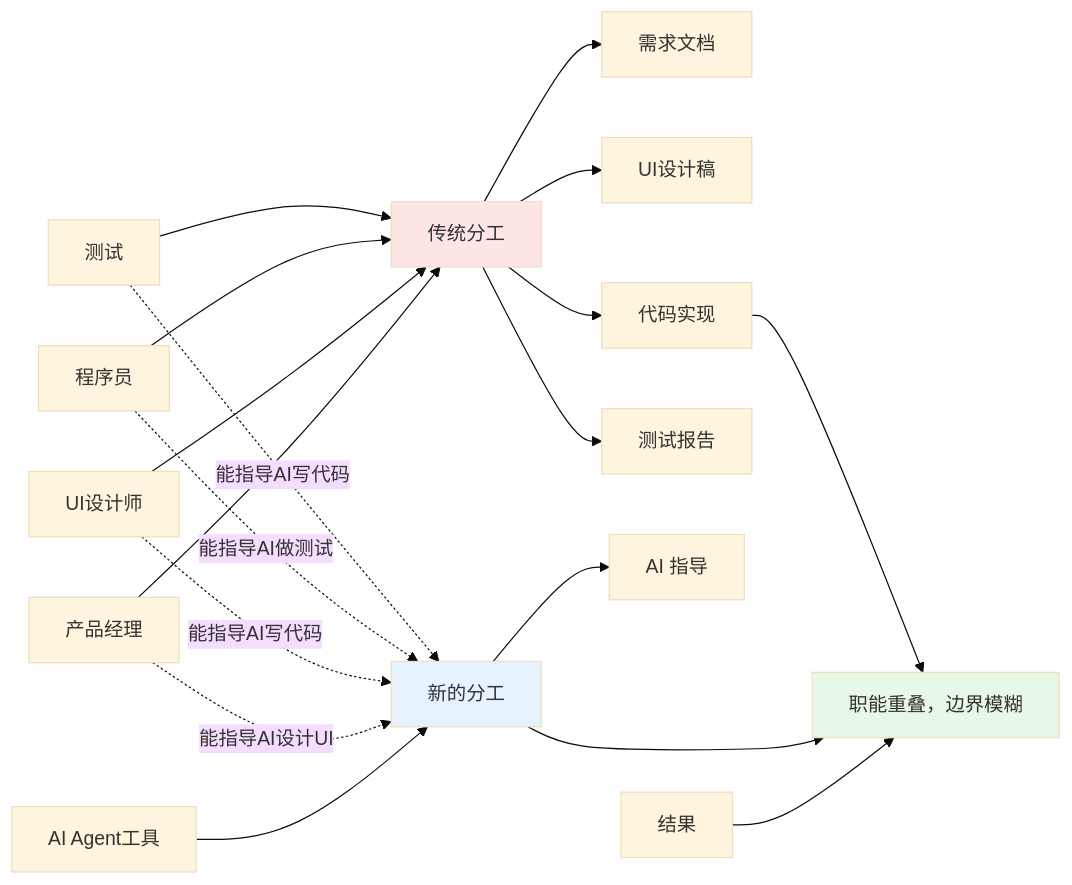
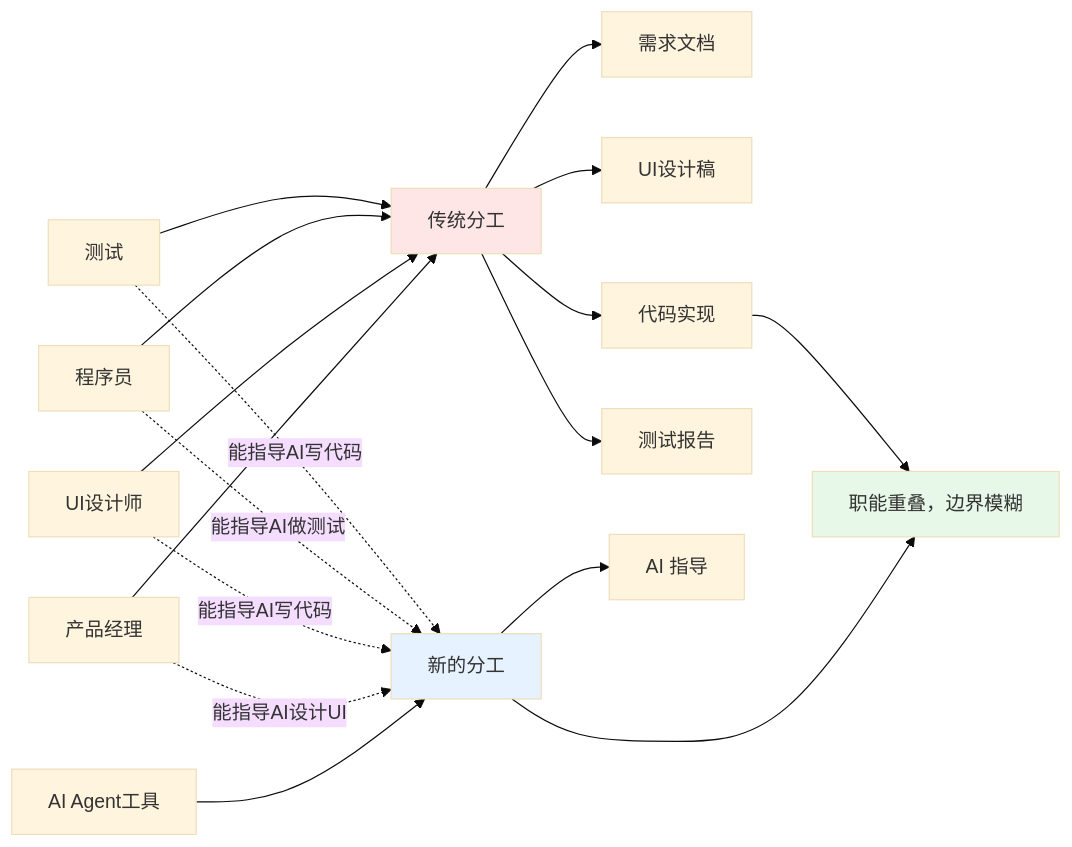
One commit to microwind/algorithms changed the first of 17 diagrams in start-here/AI-Era-Programmers-as-Agent-Engineers.md. Above: the diagram before and after it, drawn with Mermaid (base theme). The commit also changed other lines of this file and 3 other files, not shown here.

````diff
--- a/start-here/AI-Era-Programmers-as-Agent-Engineers.md
+++ b/start-here/AI-Era-Programmers-as-Agent-Engineers.md
@@ -44,30 +44,30 @@
 ```mermaid
 graph LR
     A[产品经理] --> B[传统分工]
     B --> B1["需求文档"]
 
     C[UI设计师] --> B
     B --> B2["UI设计稿"]
 
     D[程序员] --> B
     B --> B3["代码实现"]
 
     E[测试] --> B
     B --> B4["测试报告"]
 
     F[AI Agent工具] --> G[新的分工]
     G --> G1["AI 指导"]
 
     A -.能指导AI设计UI.-> G
     C -.能指导AI写代码.-> G
     D -.能指导AI做测试.-> G
     E -.能指导AI写代码.-> G
 
-    H[结果] --> I["职能重叠，边界模糊"]
+    I["职能重叠，边界模糊"]
     G --> I
     B3 --> I
 
     style B fill:#FFE6E6
     style G fill:#E6F2FF
     style I fill:#E8F8E8
 ```
````
